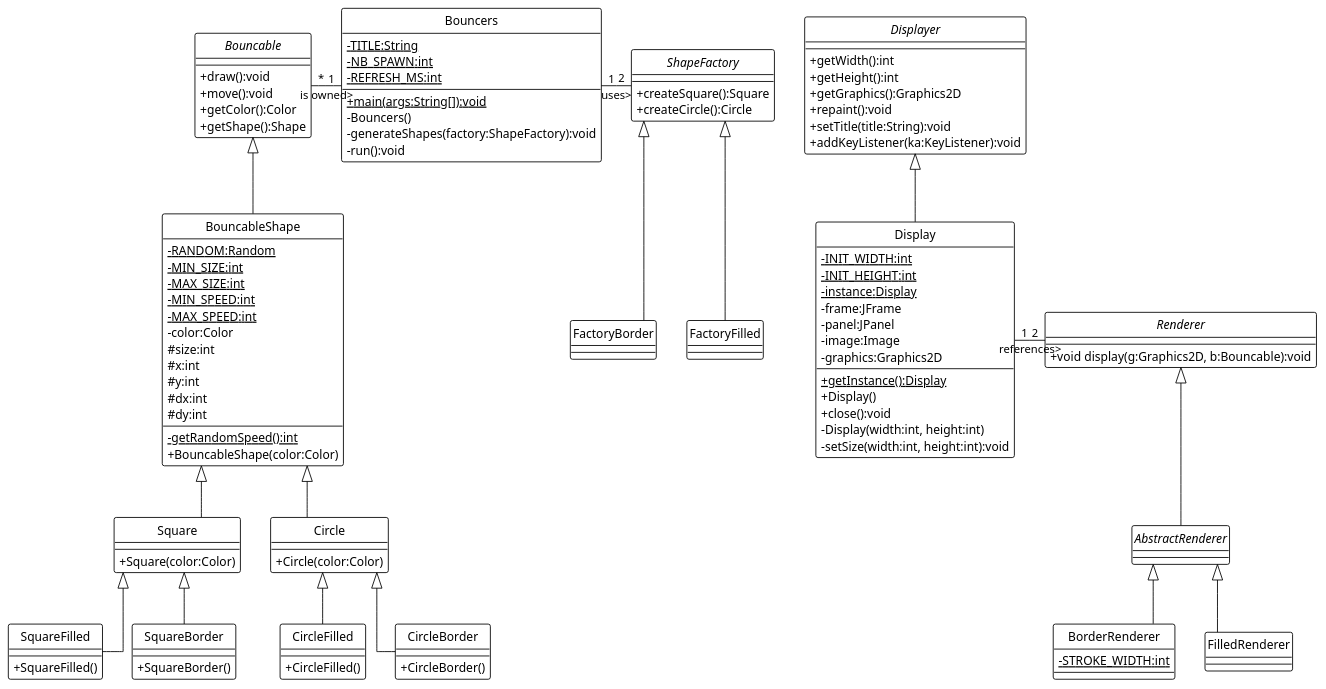
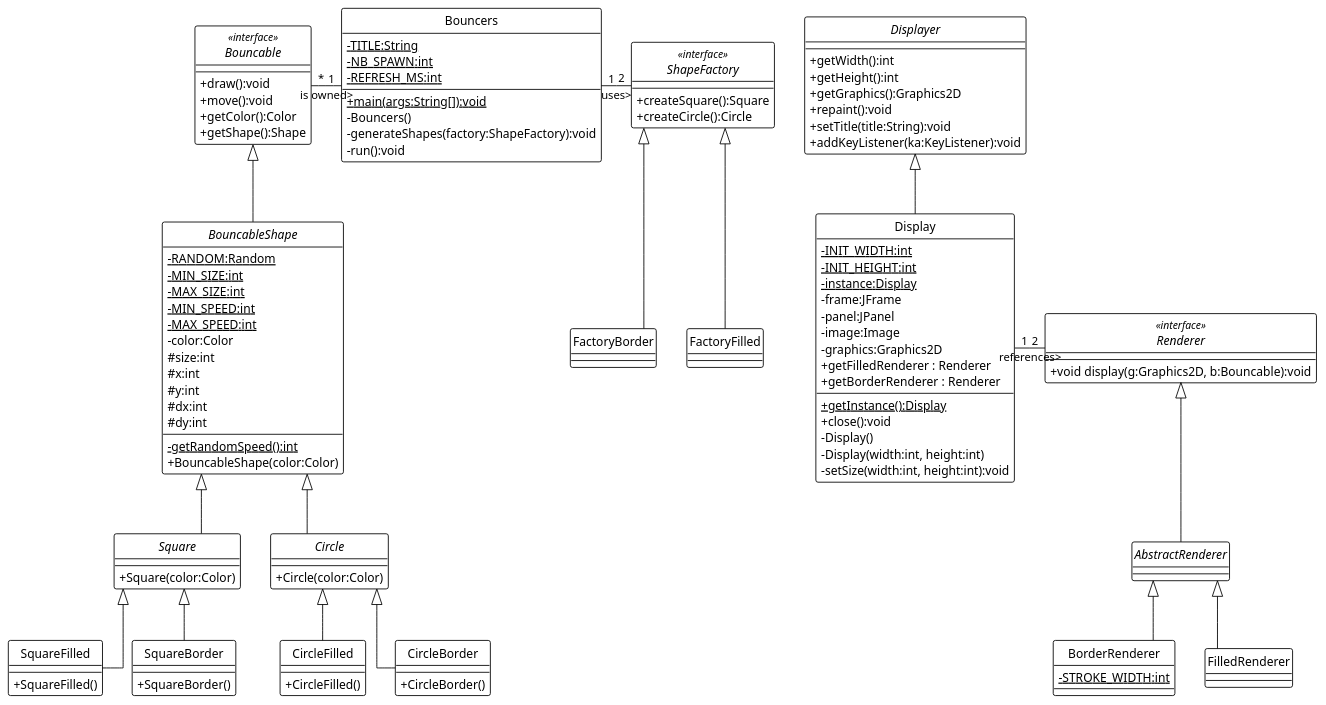
The diagram in uml.puml (GuggisbergSimon/MCR-L2), drawn with PlantUML before and after one commit.

Commit message:
Improve UML

```diff
--- a/uml.puml
+++ b/uml.puml
@@ -1,138 +1,140 @@
 @startuml
 'https://plantuml.com/class-diagram'
 skinparam classAttributeIconSize 0
 hide circle
 
 !theme plain
 top to bottom direction
 skinparam linetype ortho
 
 interface Displayer {
 +getWidth():int
 +getHeight():int
 +getGraphics():Graphics2D
 +repaint():void
 +setTitle(title:String):void
 +addKeyListener(ka:KeyListener):void
 }
 
 class Display {
 -{static} INIT_WIDTH:int
 -{static} INIT_HEIGHT:int
 -{static} instance:Display
 -frame:JFrame
 -panel:JPanel
 -image:Image
 -graphics:Graphics2D
 +{static} getInstance():Display
-+Display()
 +close():void
++getFilledRenderer : Renderer
++getBorderRenderer : Renderer
+-Display()
 -Display(width:int, height:int)
 -setSize(width:int, height:int):void
 }
 
-interface Renderer {
+interface Renderer <<interface>> {
 +void display(g:Graphics2D, b:Bouncable):void
 }
 
 abstract class AbstractRenderer
 
 class BorderRenderer {
 -{static} STROKE_WIDTH:int
 }
 
 class FilledRenderer
 
 class Bouncers {
 -{static} TITLE:String
 -{static} NB_SPAWN:int
 -{static} REFRESH_MS:int
 +{static} main(args:String[]):void
 -Bouncers()
 -generateShapes(factory:ShapeFactory):void
 -run():void
 
 }
-interface Bouncable {
+interface Bouncable <<interface>>{
 +draw():void
 +move():void
 +getColor():Color
 +getShape():Shape
 }
 
-class BouncableShape {
+abstract class BouncableShape {
 -{static} RANDOM:Random
 -{static} MIN_SIZE:int
 -{static} MAX_SIZE:int
 -{static} MIN_SPEED:int
 -{static} MAX_SPEED:int
 -color:Color
 #size:int
 #x:int
 #y:int
 #dx:int
 #dy:int
 -{static} getRandomSpeed():int
 +BouncableShape(color:Color)
 }
 
-class Square {
+abstract class Square {
 +Square(color:Color)
 }
 
-class Circle {
+abstract class Circle {
 +Circle(color:Color)
 }
 
 class CircleFilled {
 +CircleFilled()
 }
 
 class SquareFilled {
 +SquareFilled()
 }
 
 class CircleBorder {
 +CircleBorder()
 }
 
 class SquareBorder {
 +SquareBorder()
 }
 
-interface ShapeFactory {
+interface ShapeFactory <<interface>> {
 +createSquare():Square
 +createCircle():Circle
 }
 
 class FactoryFilled {
 }
 
 class FactoryBorder {
 }
 
 Display -up-|> Displayer
 
 AbstractRenderer -up-|> Renderer
 BorderRenderer -up-|> AbstractRenderer
 FilledRenderer -up-|> AbstractRenderer
 
 BouncableShape -up-|> Bouncable
 
 Square -up-|> BouncableShape
 Circle -up-|> BouncableShape
 
 CircleFilled -up-|> Circle
 CircleBorder -up-|> Circle
 
 SquareFilled -up-|> Square
 SquareBorder -up-|> Square
 
 FactoryFilled -up-|> ShapeFactory
 FactoryBorder -up-|> ShapeFactory
 
 Display "1" - "2" Renderer : references>
 Bouncers "1" - "2" ShapeFactory : uses>
 Bouncable "*" - "1"Bouncers : is owned>
 
 @enduml
```
